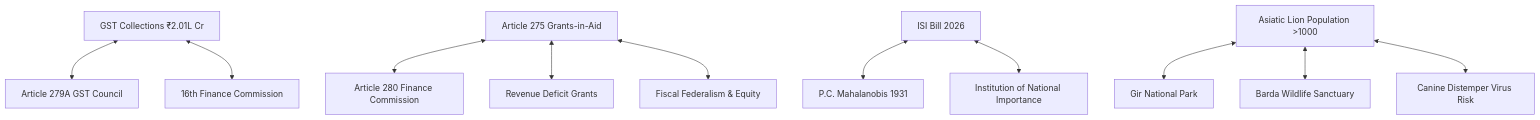
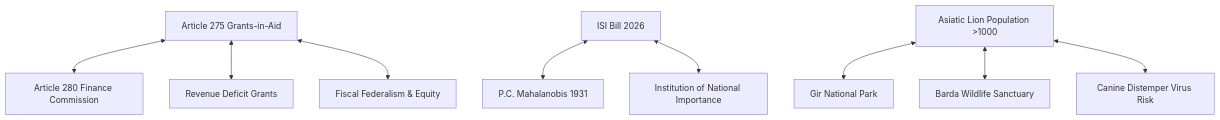
The diagram in Current_Affairs/August_2026/2026-08-06_Current_Affairs.md (niteeshkumar17/vr_notes), drawn with Mermaid before and after one commit. The commit also changed other lines of this file and 2 other files, not shown here.

Commit message:
Focus 06 August 2026 CA notes strictly on Fiscal Federalism, ISI Bill, and Asiatic Lion Conservation

````diff
--- a/Current_Affairs/August_2026/2026-08-06_Current_Affairs.md
+++ b/Current_Affairs/August_2026/2026-08-06_Current_Affairs.md
@@ -117,16 +74,13 @@
 ```mermaid
 graph TD
-    CA1[GST Collections ₹2.01L Cr] <--> Art279A[Article 279A GST Council]
-    CA1 <--> FC16[16th Finance Commission]
+    CA1[Article 275 Grants-in-Aid] <--> Art280[Article 280 Finance Commission]
+    CA1 <--> RDG[Revenue Deficit Grants]
+    CA1 <--> FiscalFederalism[Fiscal Federalism & Equity]
     
-    CA2[Article 275 Grants-in-Aid] <--> Art280[Article 280 Finance Commission]
-    CA2 <--> RDG[Revenue Deficit Grants]
-    CA2 <--> FiscalFederalism[Fiscal Federalism & Equity]
+    CA2[ISI Bill 2026] <--> PCMahalanobis[P.C. Mahalanobis 1931]
+    CA2 <--> INI[Institution of National Importance]
     
-    CA3[ISI Bill 2026] <--> PCMahalanobis[P.C. Mahalanobis 1931]
-    CA3 <--> INI[Institution of National Importance]
-    
-    CA4[Asiatic Lion Population >1000] <--> GirNP[Gir National Park]
-    CA4 <--> BardaWS[Barda Wildlife Sanctuary]
-    CA4 <--> CDV[Canine Distemper Virus Risk]
+    CA3[Asiatic Lion Population >1000] <--> GirNP[Gir National Park]
+    CA3 <--> BardaWS[Barda Wildlife Sanctuary]
+    CA3 <--> CDV[Canine Distemper Virus Risk]
 ```
````
